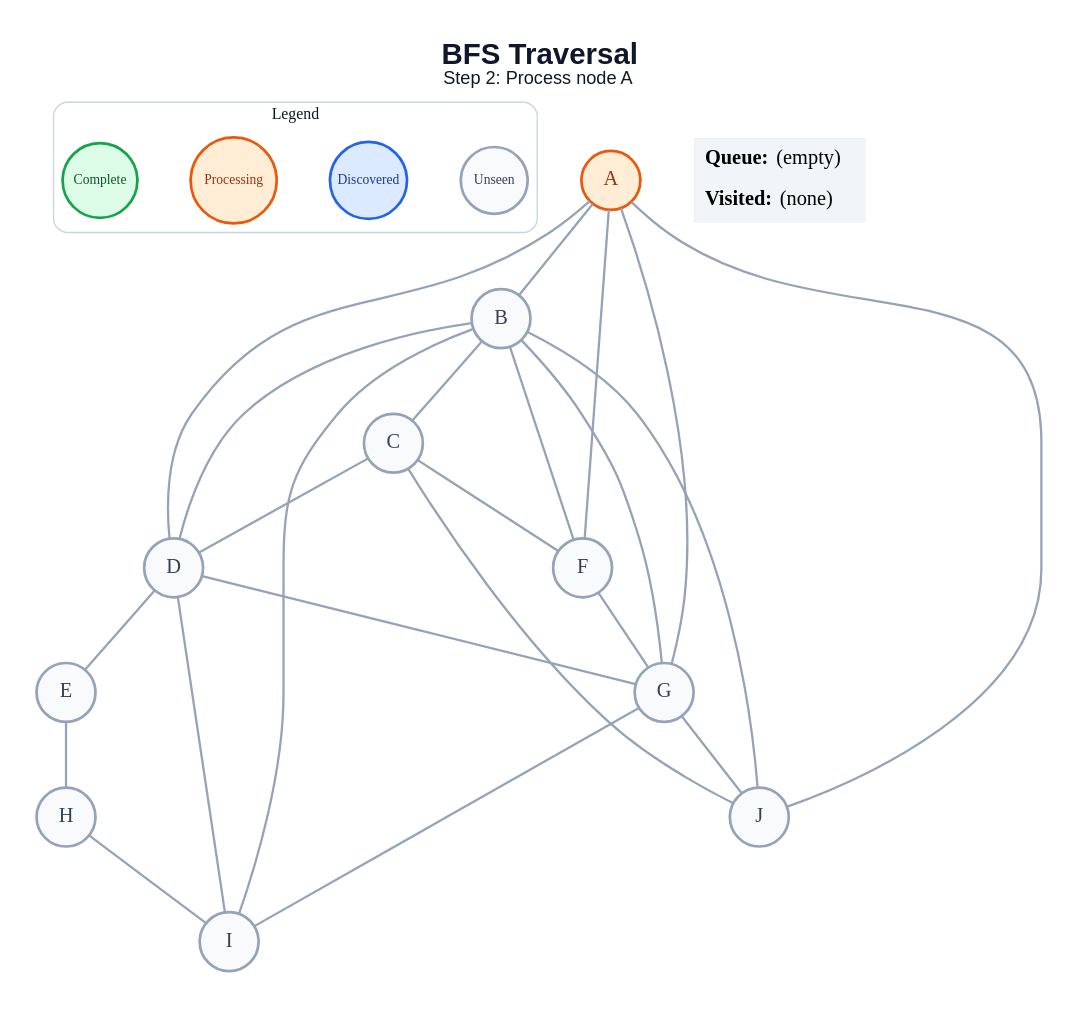
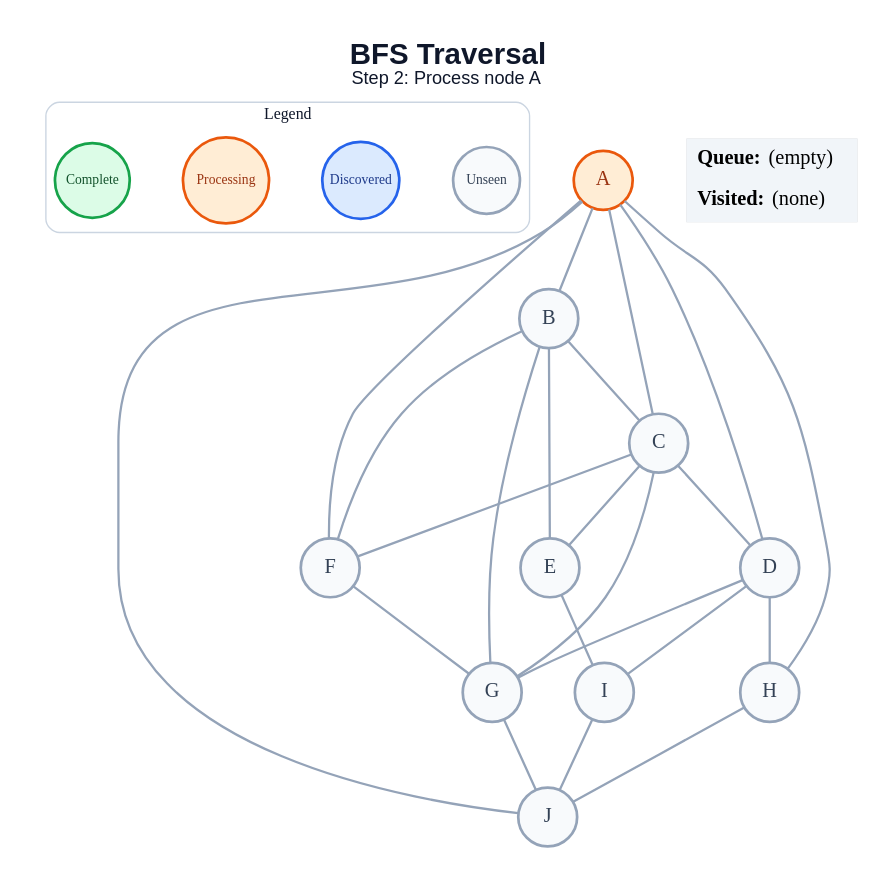
Before and after one commit to amanghodawala9/ai-slop: the diagram in generated/bfs/step_02.dot, drawn with Graphviz. The commit also changed 178 other files, not shown here.

```diff
--- a/generated/bfs/step_02.dot
+++ b/generated/bfs/step_02.dot
@@ -1,51 +1,51 @@
 graph traversal {
   graph [layout=dot, rankdir=TB, bgcolor="#FFFFFF", pad="0.35", nodesep="0.65", ranksep="0.8", fontname="Arial"];
   node [shape=circle, style="filled", fontname="Arial Bold", fontsize=18, width=0.72, fixedsize=true, penwidth=2.4];
   edge [color="#94A3B8", penwidth=2.0];
   label=<<B>BFS Traversal</B><BR/><FONT POINT-SIZE="16">Step 2: Process node A</FONT>>; labelloc="t"; fontsize=26; fontname="Arial"; fontcolor="#0F172A";
   subgraph cluster_legend { label="Legend"; color="#CBD5E1"; penwidth=1.2; style="rounded"; fontsize=14; fontname="Arial Bold";
     key_unseen [label="Unseen", fillcolor="#F8FAFC", color="#94A3B8", fontcolor="#334155", fontsize=12, width=0.82];
     key_frontier [label="Discovered", fillcolor="#DBEAFE", color="#2563EB", fontcolor="#1E3A8A", fontsize=12, width=0.95];
     key_current [label="Processing", fillcolor="#FFEDD5", color="#EA580C", fontcolor="#9A3412", fontsize=12, width=1.05];
     key_done [label="Complete", fillcolor="#DCFCE7", color="#16A34A", fontcolor="#14532D", fontsize=12, width=0.92];
     { rank=same; key_unseen; key_frontier; key_current; key_done; }
   }
   A [fillcolor="#FFEDD5", color="#EA580C", fontcolor="#9A3412"];
   B [fillcolor="#F8FAFC", color="#94A3B8", fontcolor="#334155"];
   C [fillcolor="#F8FAFC", color="#94A3B8", fontcolor="#334155"];
   D [fillcolor="#F8FAFC", color="#94A3B8", fontcolor="#334155"];
   E [fillcolor="#F8FAFC", color="#94A3B8", fontcolor="#334155"];
   F [fillcolor="#F8FAFC", color="#94A3B8", fontcolor="#334155"];
   G [fillcolor="#F8FAFC", color="#94A3B8", fontcolor="#334155"];
   H [fillcolor="#F8FAFC", color="#94A3B8", fontcolor="#334155"];
   I [fillcolor="#F8FAFC", color="#94A3B8", fontcolor="#334155"];
   J [fillcolor="#F8FAFC", color="#94A3B8", fontcolor="#334155"];
   A -- B;
+  A -- C;
   A -- D;
   A -- F;
-  A -- G;
+  A -- H;
   A -- J;
   B -- C;
-  B -- D;
+  B -- E;
   B -- F;
   B -- G;
-  B -- I;
-  B -- J;
   C -- D;
+  C -- E;
   C -- F;
-  C -- J;
-  D -- E;
+  C -- G;
   D -- G;
+  D -- H;
   D -- I;
-  E -- H;
+  E -- I;
   F -- G;
-  G -- I;
   G -- J;
-  H -- I;
+  H -- J;
+  I -- J;
   status [shape=plain, fixedsize=false, width=0, height=0, margin=0, label=<
     <TABLE BORDER="0" CELLBORDER="0" CELLPADDING="7" BGCOLOR="#F1F5F9">
       <TR><TD ALIGN="LEFT"><B>Queue:</B> (empty)</TD></TR>
       <TR><TD ALIGN="LEFT"><B>Visited:</B> (none)</TD></TR>
     </TABLE>
   >];
 }
```
